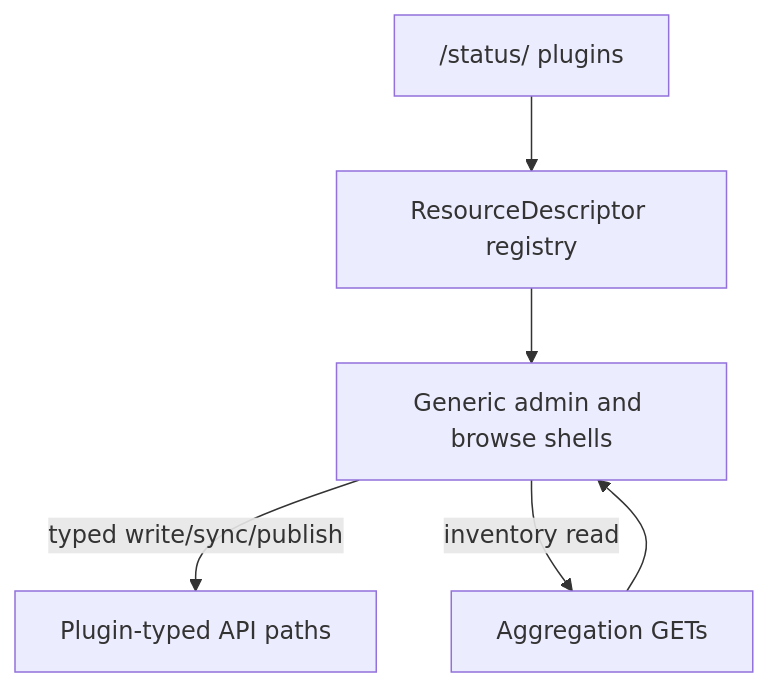
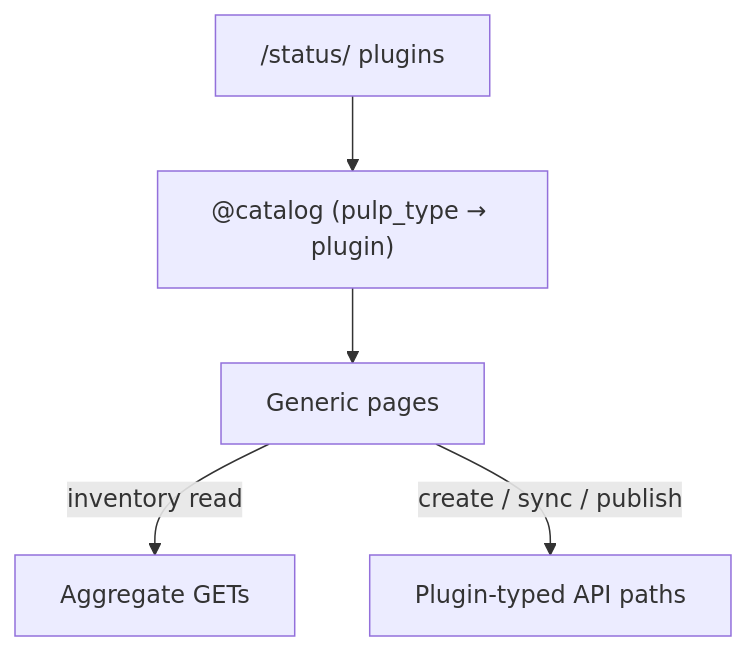
Before and after one commit to carlosthe19916/pulp-ui-2: the diagram in docs/ARCHITECTURE.md, drawn with Mermaid. The commit also changed other lines of this file and 9 other files, not shown here.

````diff
--- a/docs/ARCHITECTURE.md
+++ b/docs/ARCHITECTURE.md
@@ -22,8 +38,7 @@
 ```mermaid
 flowchart TB
-  Status["/status/ plugins"] --> Registry[ResourceDescriptor registry]
-  Agg["Aggregation GETs"] --> Shells[Generic admin and browse shells]
-  Registry --> Shells
-  Shells -->|"typed write/sync/publish"| Typed["Plugin-typed API paths"]
-  Shells -->|"inventory read"| Agg
+  Status["/status/ plugins"] --> Catalog["@catalog (pulp_type → plugin)"]
+  Catalog --> Pages[Generic pages]
+  Pages -->|"inventory read"| Agg["Aggregate GETs"]
+  Pages -->|"create / sync / publish"| Typed["Plugin-typed API paths"]
 ```
````
